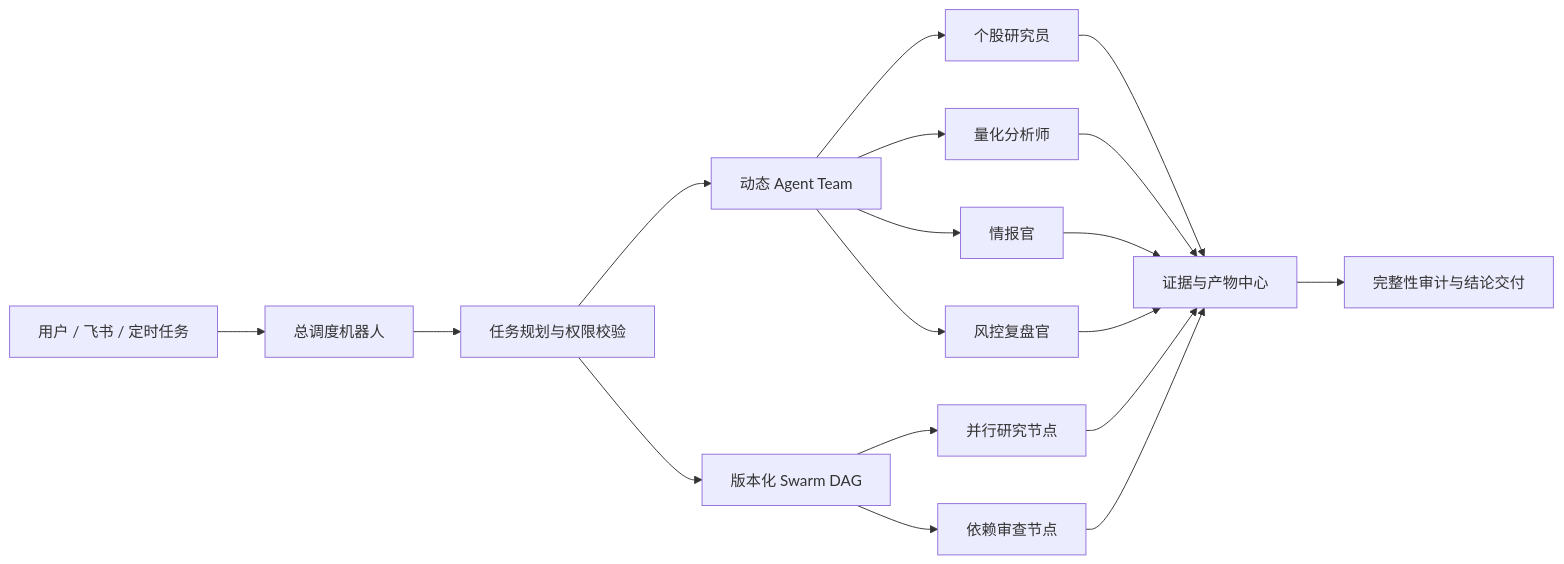
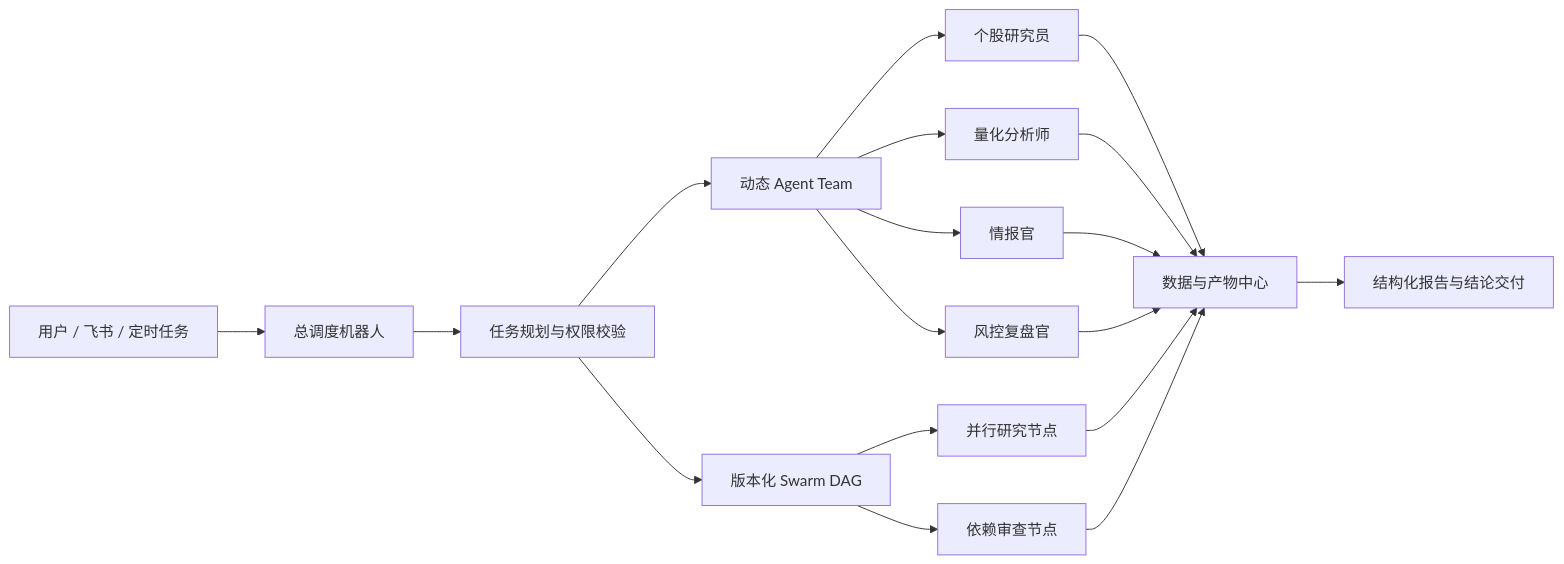
The diagram in README.md (xuhang0310/hermes-stock), drawn with Mermaid before and after one commit. The commit also changed other lines of this file and 41 other files, not shown here.

````diff
--- a/README.md
+++ b/README.md
@@ -80,20 +80,20 @@
 ```mermaid
 flowchart LR
     U["用户 / 飞书 / 定时任务"] --> G["总调度机器人"]
     G --> P["任务规划与权限校验"]
     P --> T["动态 Agent Team"]
     P --> W["版本化 Swarm DAG"]
     T --> A1["个股研究员"]
     T --> A2["量化分析师"]
     T --> A3["情报官"]
     T --> A4["风控复盘官"]
     W --> N1["并行研究节点"]
     W --> N2["依赖审查节点"]
-    A1 --> E["证据与产物中心"]
+    A1 --> E["数据与产物中心"]
     A2 --> E
     A3 --> E
     A4 --> E
     N1 --> E
     N2 --> E
-    E --> C["完整性审计与结论交付"]
+    E --> C["结构化报告与结论交付"]
 ```
````
